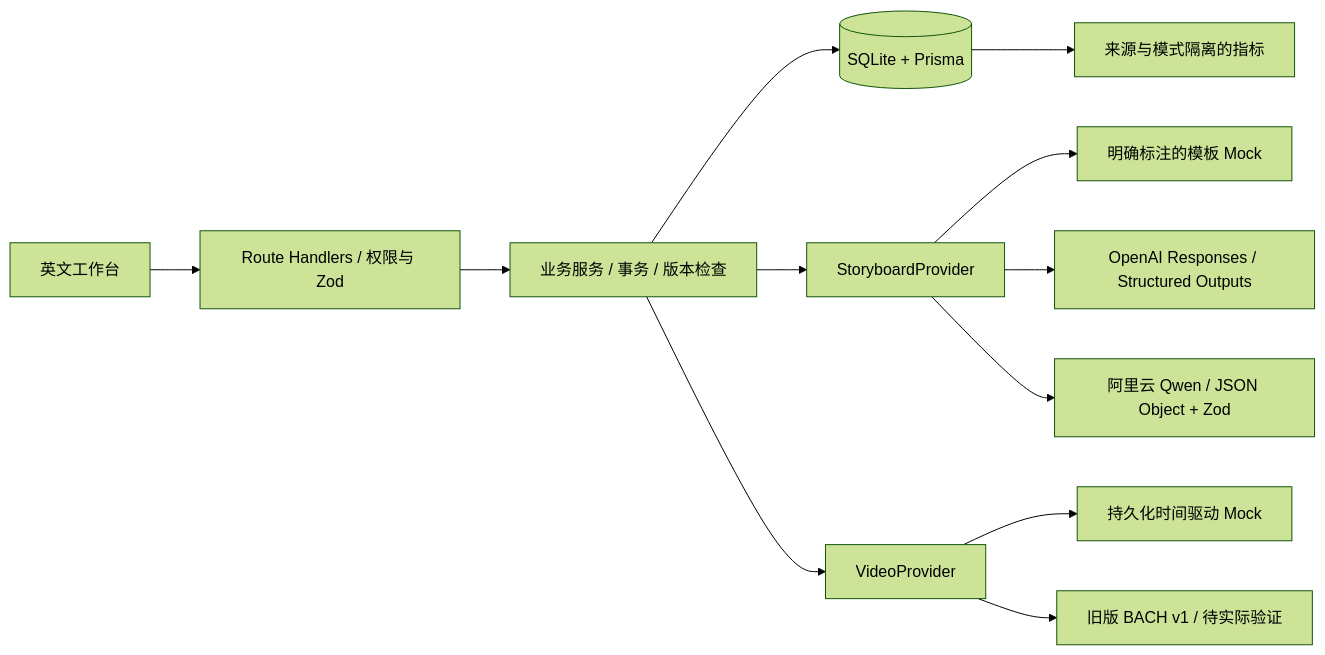
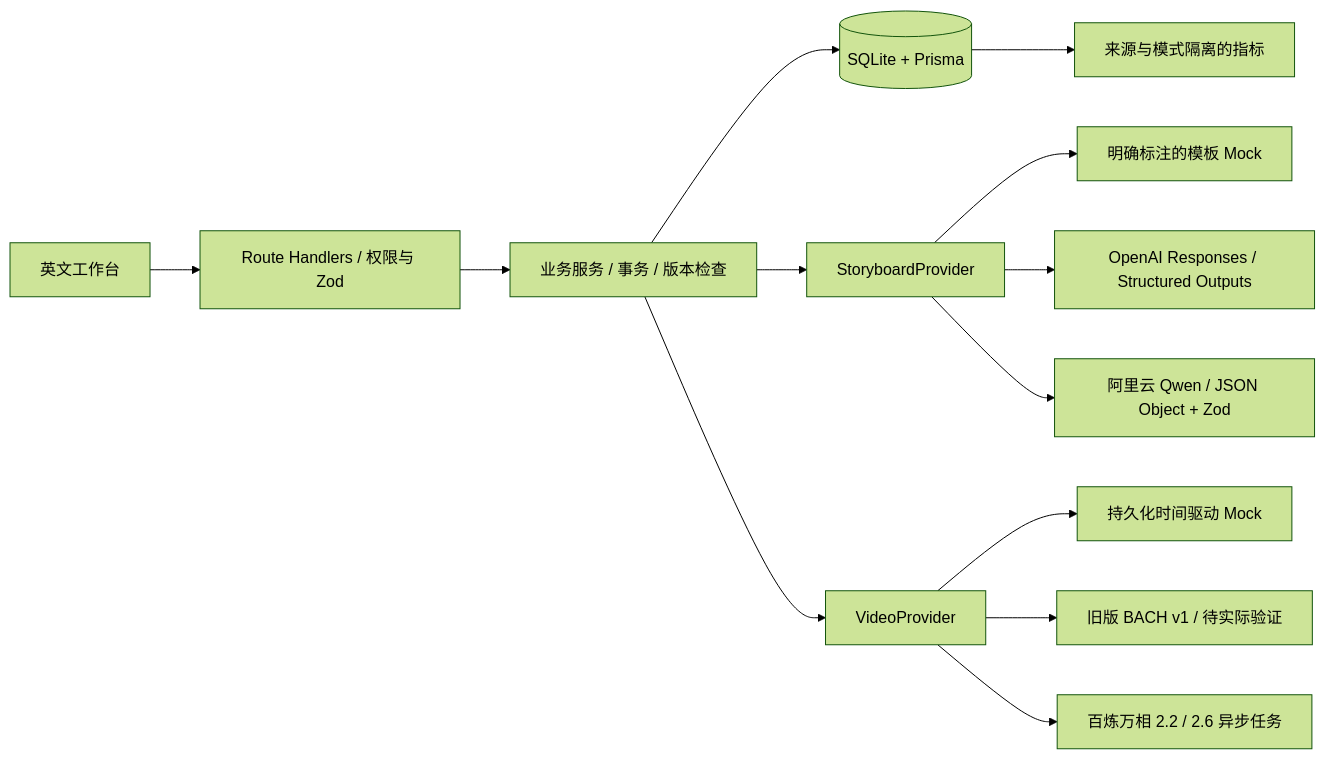
The diagram in ARCHITECTURE.md (TTTracieee/ai-video-creative-studio), drawn with Mermaid (forest theme) before and after one commit. The commit also changed other lines of this file and 22 other files, not shown here.

Commit message:
Add Wan video generation and workflow validation

````diff
--- a/ARCHITECTURE.md
+++ b/ARCHITECTURE.md
@@ -7,14 +7,15 @@
 ```mermaid
 flowchart LR
   UI[英文工作台] --> API[Route Handlers / 权限与 Zod]
   API --> Service[业务服务 / 事务 / 版本检查]
   Service --> DB[(SQLite + Prisma)]
   Service --> Storyboard[StoryboardProvider]
   Storyboard --> Template[明确标注的模板 Mock]
   Storyboard --> OpenAI[OpenAI Responses / Structured Outputs]
   Storyboard --> Qwen[阿里云 Qwen / JSON Object + Zod]
   Service --> Video[VideoProvider]
   Video --> Mock[持久化时间驱动 Mock]
   Video --> Bach[旧版 BACH v1 / 待实际验证]
+  Video --> Wan[百炼万相 2.2 / 2.6 异步任务]
   DB --> Analytics[来源与模式隔离的指标]
 ```
````
